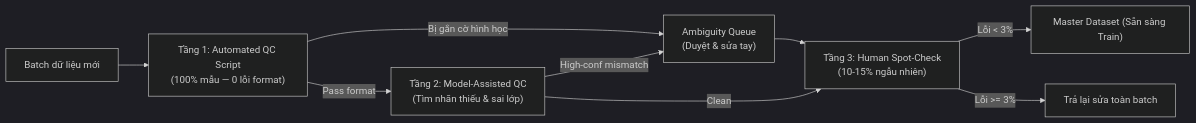
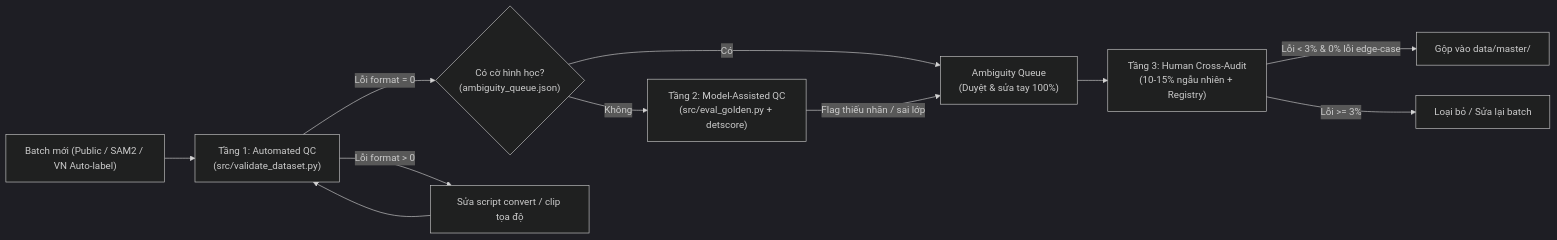
One commit to basduy05/hackathon_vinai changed the diagram in annotation_guideline_and_qc.md. Above: the diagram before and after it, drawn with Mermaid (dark theme). The commit also changed other lines of this file and 23 other files, not shown here.

````diff
--- a/annotation_guideline_and_qc.md
+++ b/annotation_guideline_and_qc.md
@@ -62,11 +79,13 @@
 ```mermaid
 flowchart LR
-    Raw["Batch dữ liệu mới"] --> L1["Tầng 1: Automated QC Script\n(100% mẫu — 0 lỗi format)"]
-    L1 -->|Pass format| L2["Tầng 2: Model-Assisted QC\n(Tìm nhãn thiếu & sai lớp)"]
-    L1 -->|Bị gắn cờ hình học| Queue["Ambiguity Queue\n(Duyệt & sửa tay)"]
-    L2 -->|High-conf mismatch| Queue
-    Queue --> L3["Tầng 3: Human Spot-Check\n(10-15% ngẫu nhiên)"]
-    L2 -->|Clean| L3
-    L3 -->|Lỗi < 3%| Master["Master Dataset (Sẵn sàng Train)"]
-    L3 -->|Lỗi >= 3%| Rework["Trả lại sửa toàn batch"]
+    B["Batch mới (Public / SAM2 / VN Auto-label)"] --> T1["Tầng 1: Automated QC\n(src/validate_dataset.py)"]
+    T1 -->|Lỗi format = 0| QCheck{"Có cờ hình học?\n(ambiguity_queue.json)"}
+    T1 -->|Lỗi format > 0| FixFmt["Sửa script convert / clip tọa độ"]
+    FixFmt --> T1
+    QCheck -->|Có| Queue["Ambiguity Queue\n(Duyệt & sửa tay 100%)"]
+    QCheck -->|Không| T2["Tầng 2: Model-Assisted QC\n(src/eval_golden.py + detscore)"]
+    Queue --> T3["Tầng 3: Human Cross-Audit\n(10-15% ngẫu nhiên + Registry)"]
+    T2 -->|Flag thiếu nhãn / sai lớp| Queue
+    T3 -->|Lỗi < 3% & 0% lỗi edge-case| Master["Gộp vào data/master/"]
+    T3 -->|Lỗi >= 3%| Rework["Loại bỏ / Sửa lại batch"]
 ```
````
